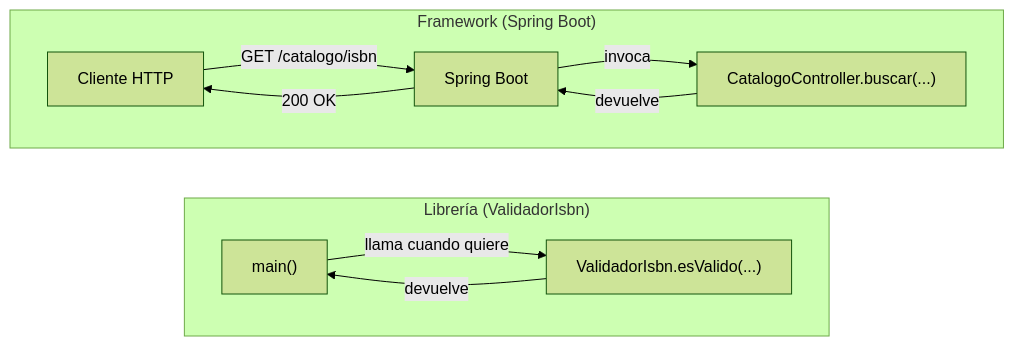
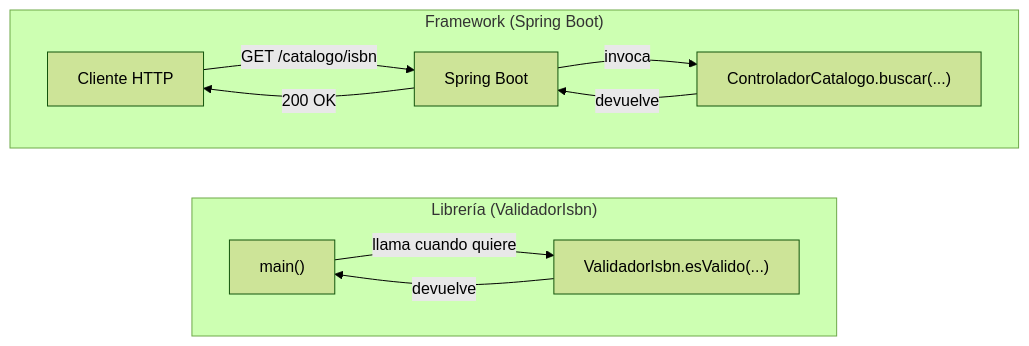
The diagram in generador-cursos/curso-spring-boot/01-introduccion-a-spring-boot/material/ejemplos/03-diferencias-frameworks-y-librerias.md (crodrigr/skill-spring-boot), drawn with Mermaid (forest theme) before and after one commit. The commit also changed other lines of this file and 78 other files, not shown here.

````diff
--- a/generador-cursos/curso-spring-boot/01-introduccion-a-spring-boot/material/ejemplos/03-diferencias-frameworks-y-librerias.md
+++ b/generador-cursos/curso-spring-boot/01-introduccion-a-spring-boot/material/ejemplos/03-diferencias-frameworks-y-librerias.md
@@ -80,16 +80,16 @@
 ```mermaid
 flowchart LR
     subgraph Libreria["Librería (ValidadorIsbn)"]
         direction LR
         M1["main()"] -->|"llama cuando quiere"| V["ValidadorIsbn.esValido(...)"]
         V -->|"devuelve"| M1
     end
 
     subgraph Framework["Framework (Spring Boot)"]
         direction LR
         C["Cliente HTTP"] -->|"GET /catalogo/isbn"| SB["Spring Boot"]
-        SB -->|"invoca"| CC["CatalogoController.buscar(...)"]
+        SB -->|"invoca"| CC["ControladorCatalogo.buscar(...)"]
         CC -->|"devuelve"| SB
         SB -->|"200 OK"| C
     end
 ```
````
